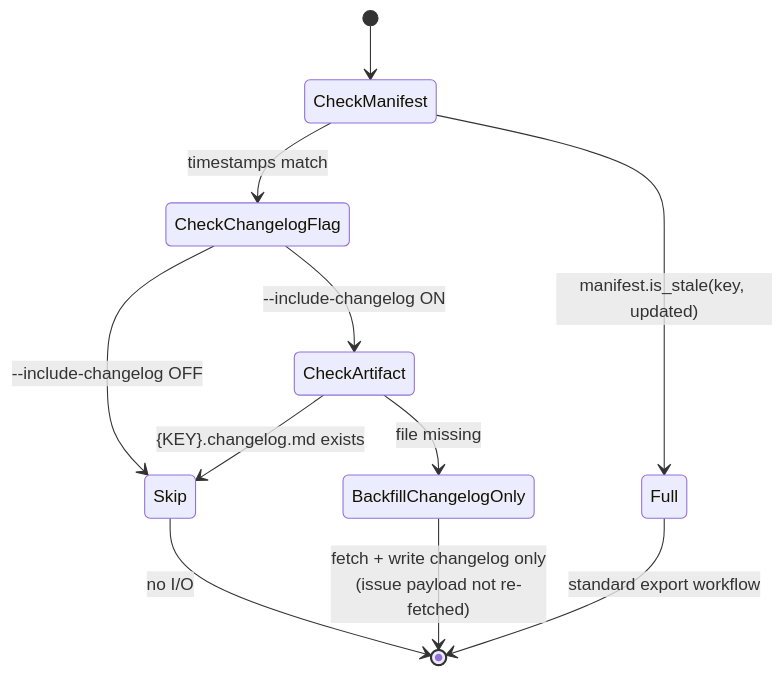
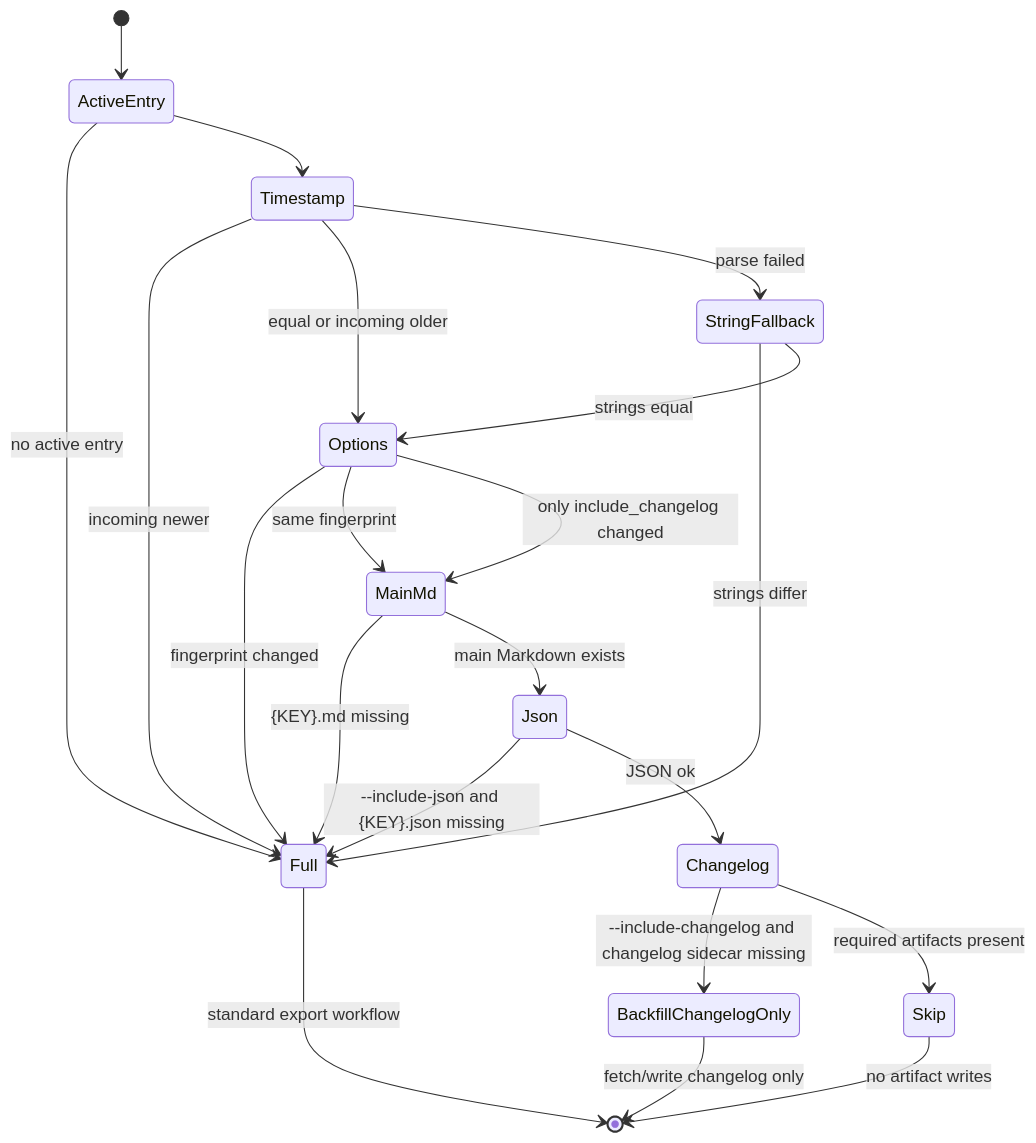
Before and after one commit to dchuk/jarkdown-rs: the sixth of 9 diagrams in docs/architecture.md, drawn with Mermaid. The commit also changed other lines of this file and 3 other files, not shown here.

Commit message:
docs: refresh 1.7 architecture and manifest docs

````diff
--- a/docs/architecture.md
+++ b/docs/architecture.md
@@ -266,16 +316,27 @@
 ```mermaid
 stateDiagram-v2
-    [*] --> CheckManifest
-    CheckManifest --> Full: manifest.is_stale(key, updated)
-    CheckManifest --> CheckChangelogFlag: timestamps match
+    [*] --> ActiveEntry
+    ActiveEntry --> Full: no active entry
+    ActiveEntry --> Timestamp
 
-    CheckChangelogFlag --> Skip: --include-changelog OFF
-    CheckChangelogFlag --> CheckArtifact: --include-changelog ON
+    Timestamp --> Full: incoming newer
+    Timestamp --> Options: equal or incoming older
+    Timestamp --> StringFallback: parse failed
+    StringFallback --> Full: strings differ
+    StringFallback --> Options: strings equal
 
-    CheckArtifact --> Skip: {KEY}.changelog.md exists
-    CheckArtifact --> BackfillChangelogOnly: file missing
+    Options --> Full: fingerprint changed
+    Options --> MainMd: same fingerprint
+    Options --> MainMd: only include_changelog changed
 
-    Skip --> [*]: no I/O
-    BackfillChangelogOnly --> [*]: fetch + write changelog only<br/>(issue payload not re-fetched)
+    MainMd --> Full: {KEY}.md missing
+    MainMd --> Json: main Markdown exists
+    Json --> Full: --include-json and {KEY}.json missing
+    Json --> Changelog: JSON ok
+    Changelog --> BackfillChangelogOnly: --include-changelog and changelog sidecar missing
+    Changelog --> Skip: required artifacts present
+
+    Skip --> [*]: no artifact writes
+    BackfillChangelogOnly --> [*]: fetch/write changelog only
     Full --> [*]: standard export workflow
 ```
````
